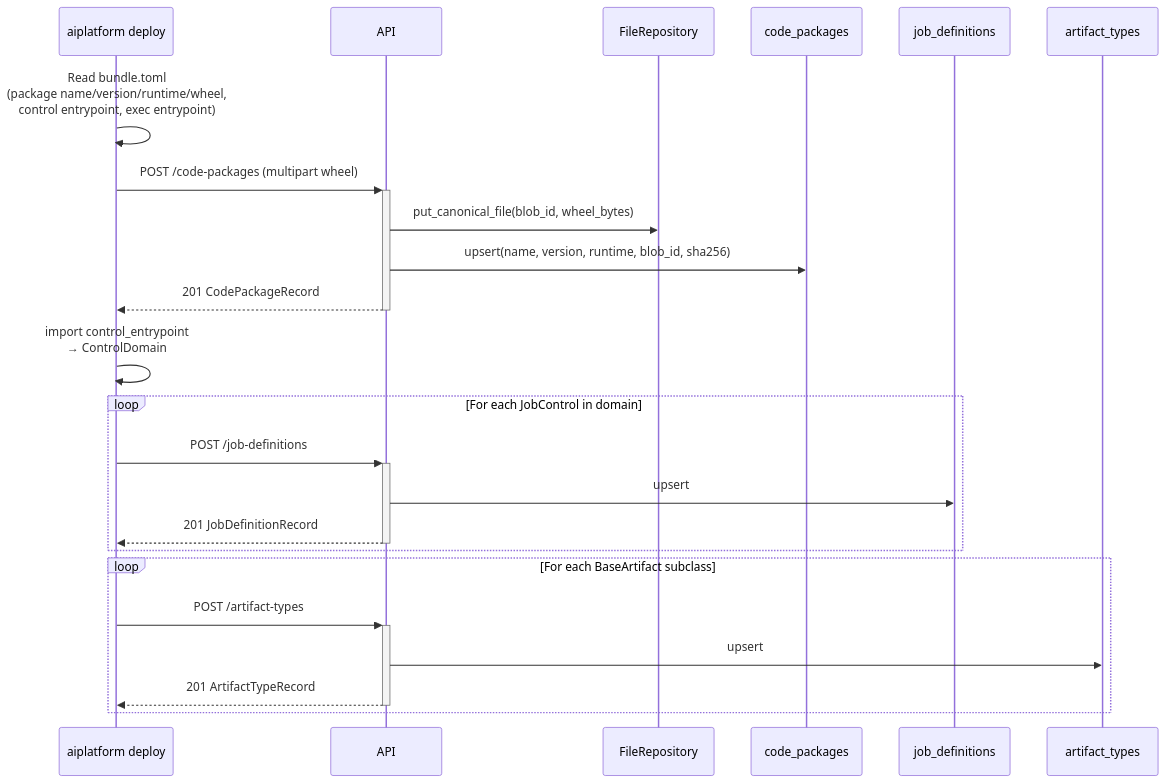
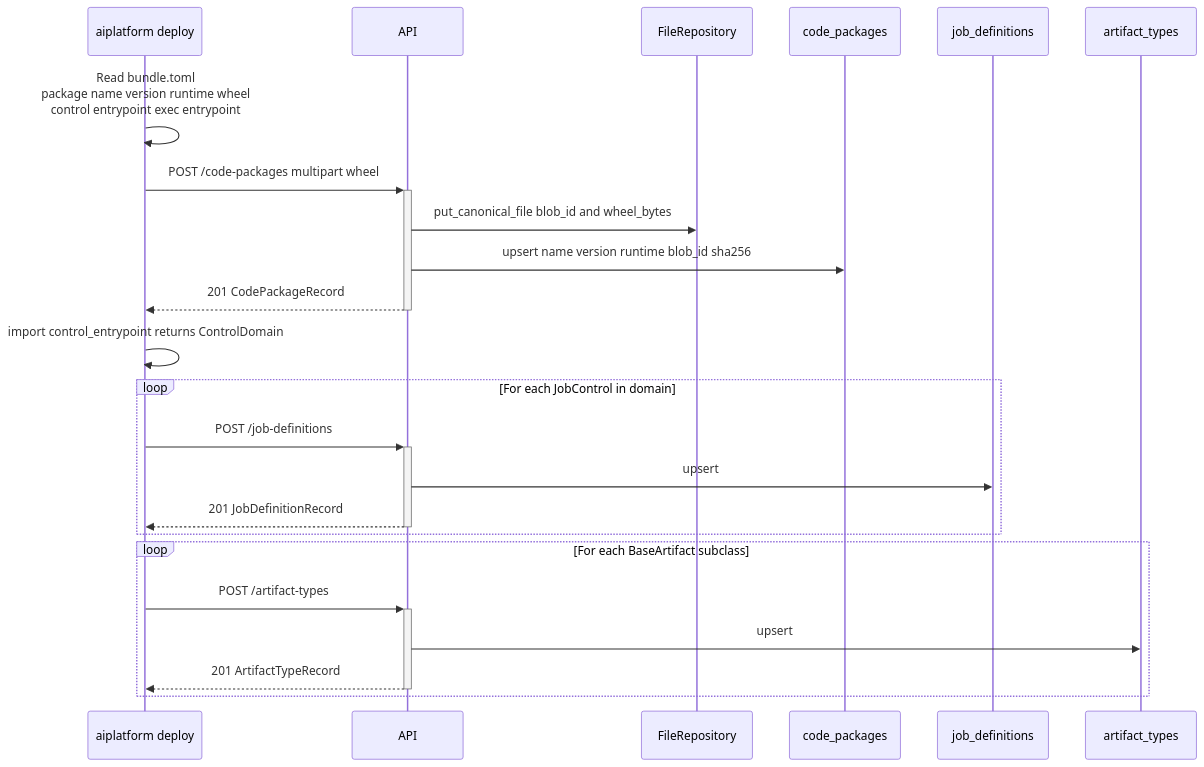
One commit to sepoul/ai-platform changed the second of 6 diagrams in docs/architecture.md. Above: the diagram before and after it, drawn with Mermaid. The commit also changed other lines of this file, not shown here.

First line of the commit message:
docs(architecture): fix mermaid diagrams not rendering on GitHub

````diff
--- a/docs/architecture.md
+++ b/docs/architecture.md
@@ -136,28 +136,28 @@
 ```mermaid
 sequenceDiagram
     participant CLI as aiplatform deploy
     participant API
     participant FR as FileRepository
     participant CPC as code_packages
     participant JDC as job_definitions
     participant ATC as artifact_types
 
-    CLI->>CLI: Read bundle.toml<br/>(package name/version/runtime/wheel,<br/>control entrypoint, exec entrypoint)
-    CLI->>+API: POST /code-packages (multipart wheel)
-    API->>FR: put_canonical_file(blob_id, wheel_bytes)
-    API->>CPC: upsert(name, version, runtime, blob_id, sha256)
+    CLI->>CLI: Read bundle.toml<br/>package name version runtime wheel<br/>control entrypoint exec entrypoint
+    CLI->>+API: POST /code-packages multipart wheel
+    API->>FR: put_canonical_file blob_id and wheel_bytes
+    API->>CPC: upsert name version runtime blob_id sha256
     API-->>-CLI: 201 CodePackageRecord
 
-    CLI->>CLI: import control_entrypoint<br/>→ ControlDomain
+    CLI->>CLI: import control_entrypoint returns ControlDomain
     loop For each JobControl in domain
         CLI->>+API: POST /job-definitions
         API->>JDC: upsert
         API-->>-CLI: 201 JobDefinitionRecord
     end
 
     loop For each BaseArtifact subclass
         CLI->>+API: POST /artifact-types
         API->>ATC: upsert
         API-->>-CLI: 201 ArtifactTypeRecord
     end
 ```
````
